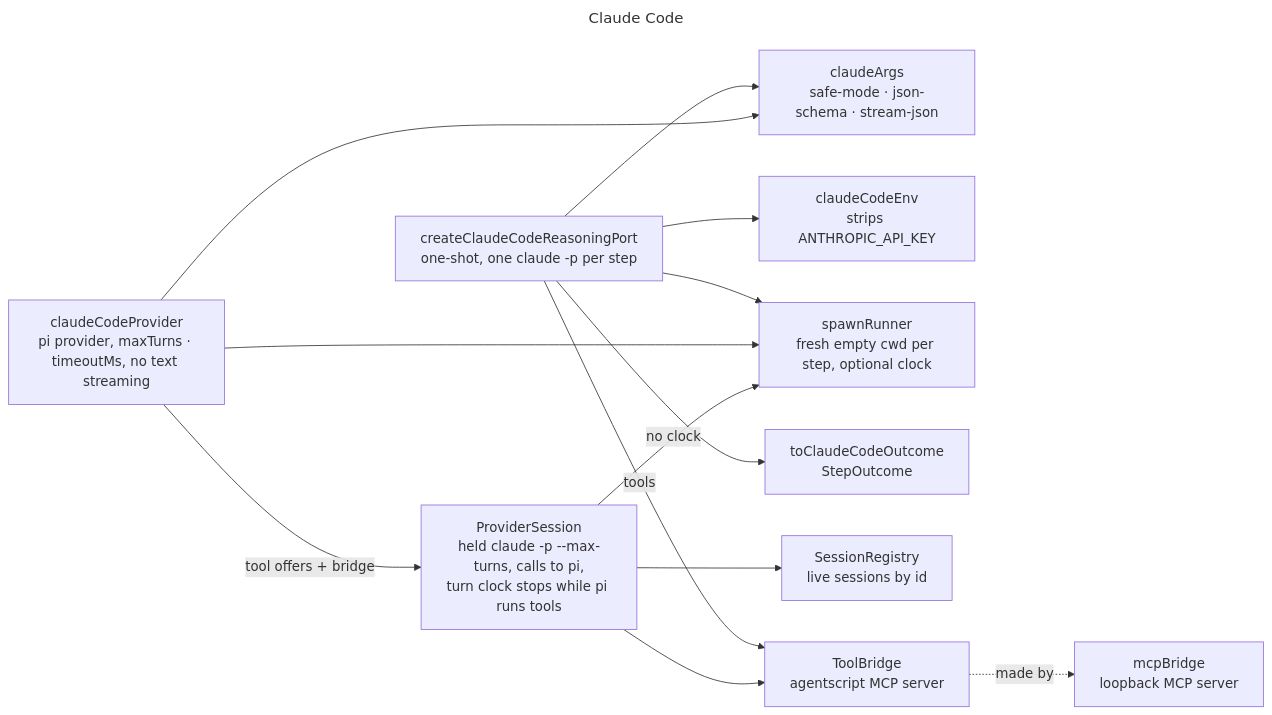
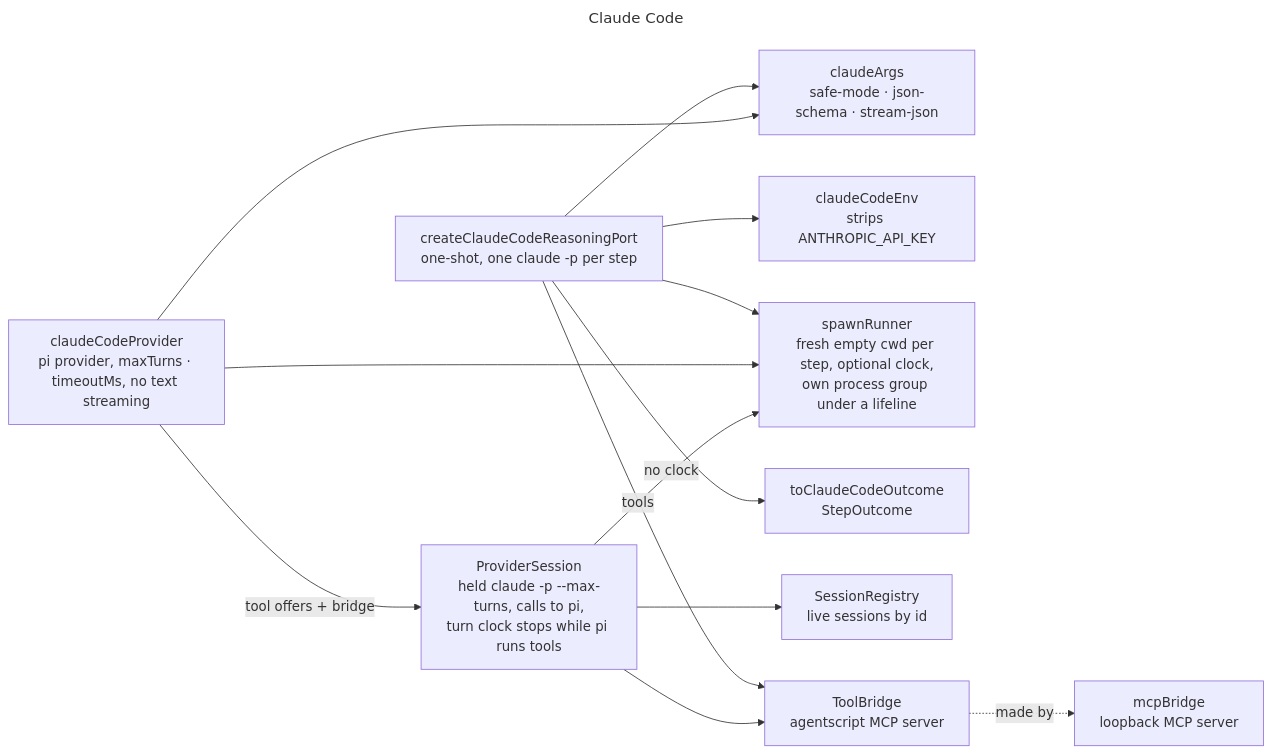
Before and after one commit to jtaylorcpp/specsesh-agent: the diagram in blueprint/claude-code.mmd, drawn with Mermaid. The commit also changed 6 other files, not shown here.

First line of the commit message:
claude-process-group: claude can't outlive its step or its host (#51)

```diff
--- a/blueprint/claude-code.mmd
+++ b/blueprint/claude-code.mmd
@@ -1,40 +1,40 @@
 ---
 title: Claude Code
 ---
 flowchart LR
   port[createClaudeCodeReasoningPort<br/>one-shot, one claude -p per step]
   provider[claudeCodeProvider<br/>pi provider, maxTurns · timeoutMs, no text streaming]
   args[claudeArgs<br/>safe-mode · json-schema · stream-json]
   env[claudeCodeEnv<br/>strips ANTHROPIC_API_KEY]
-  spawn[spawnRunner<br/>fresh empty cwd per step, optional clock]
+  spawn[spawnRunner<br/>fresh empty cwd per step, optional clock,<br/>own process group under a lifeline]
   outcome[toClaudeCodeOutcome<br/>StepOutcome]
   session[ProviderSession<br/>held claude -p --max-turns, calls to pi,<br/>turn clock stops while pi runs tools]
   sessions[SessionRegistry<br/>live sessions by id]
   bridge[ToolBridge<br/>agentscript MCP server]
   mcpbridge[mcpBridge<br/>loopback MCP server]
 
   port --> args
   port --> spawn
   port --> env
   port --> outcome
   port -->|tools| bridge
   provider --> args
   provider --> spawn
   provider -->|tool offers + bridge| session
   session -->|no clock| spawn
   session --> sessions
   session --> bridge
   bridge -.->|made by| mcpbridge
 
   %% code: port packages/agent/src/claude-code/claude-code.ts:260
   %% code: provider packages/agent/src/claude-code/claude-code-provider.ts:152
   %% code: args packages/agent/src/claude-code/claude-code.ts:207
   %% code: env packages/agent/src/claude-code/claude-code.ts:243
   %% code: spawn packages/agent/src/claude-code/claude-code.ts:515
   %% code: outcome packages/agent/src/claude-code/claude-code.ts:463
   %% code: session packages/agent/src/claude-code/provider-session.ts:91
   %% code: sessions packages/agent/src/claude-code/provider-session.ts:43
   %% code: bridge packages/agent/src/claude-code/tool-bridge.ts:35
   %% code: mcpbridge packages/agent/src/mcp/mcp-bridge.ts:24
 
   class provider,session done
```
